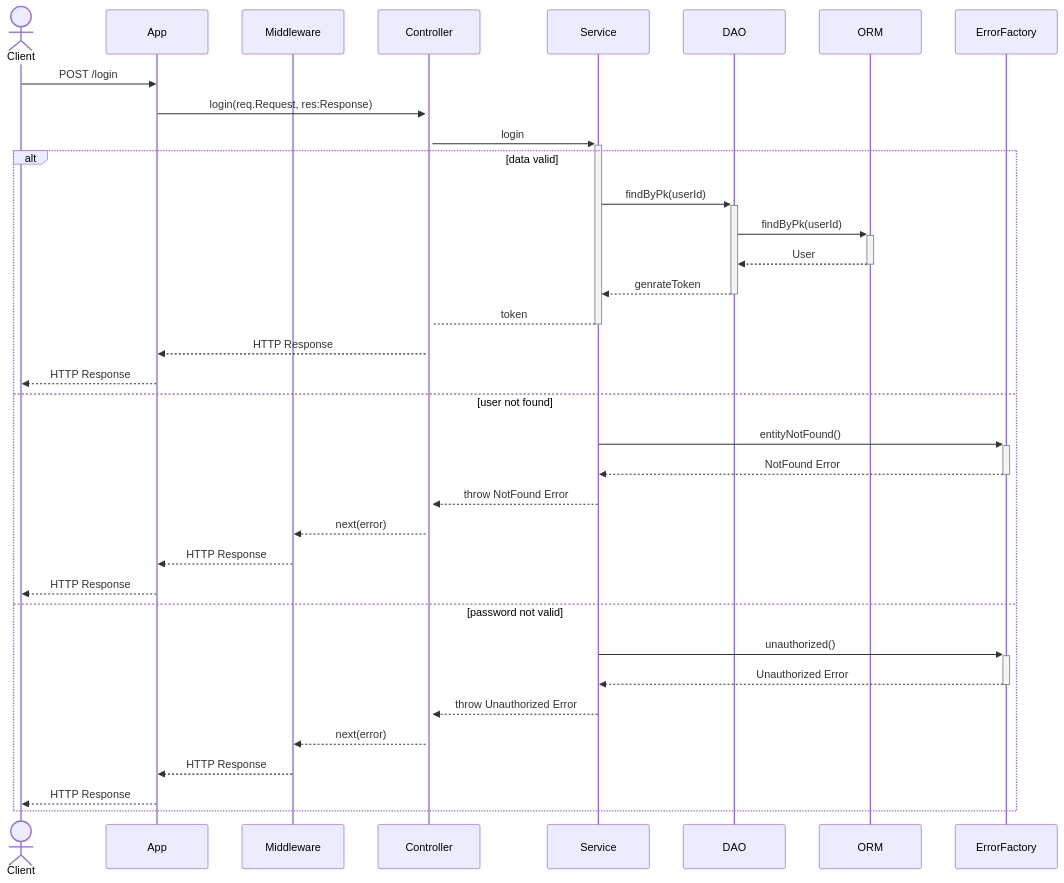
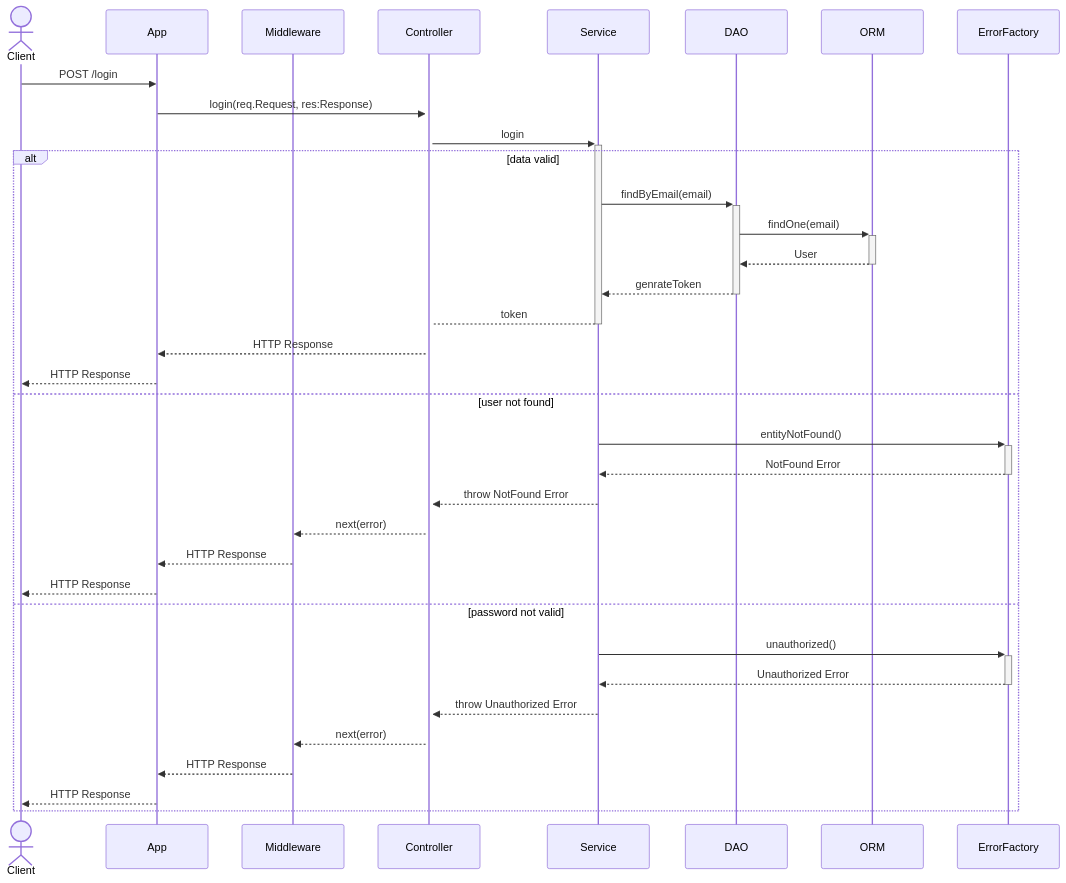
The third of 22 diagrams in README.md (niccolociotti/parking_PA), drawn with Mermaid before and after one commit. The commit also changed other lines of this file, not shown here.

````diff
--- a/README.md
+++ b/README.md
@@ -354,38 +354,38 @@
 ```mermaid
 sequenceDiagram
     actor Client
     participant App
     participant Middleware
     participant Controller
     participant Service
     participant DAO
     participant ORM
     participant ErrorFactory
 
     Client->>App: POST /login
     App->>+Controller: login(req.Request, res:Response)
     Controller->>+Service: login
     alt data valid
-        Service->>+DAO: findByPk(userId)
-        DAO->>+ORM: findByPk(userId)
+        Service->>+DAO: findByEmail(email)
+        DAO->>+ORM: findOne(email)
         ORM-->>-DAO: User
         DAO-->>-Service: genrateToken
         Service-->-Controller: token
         Controller-->>App: HTTP Response
         App-->>Client: HTTP Response
         else user not found
           Service->>+ErrorFactory: entityNotFound()
           ErrorFactory-->>-Service: NotFound Error
           Service-->>Controller: throw NotFound Error
           Controller-->>Middleware: next(error)
           Middleware-->>App: HTTP Response
           App-->>Client: HTTP Response
           else password not valid
             Service->>+ErrorFactory: unauthorized()
             ErrorFactory-->>-Service: Unauthorized Error
             Service-->>Controller: throw Unauthorized Error
             Controller-->>Middleware: next(error)
             Middleware-->>App: HTTP Response
             App-->>Client: HTTP Response
       end   
 ```
````
